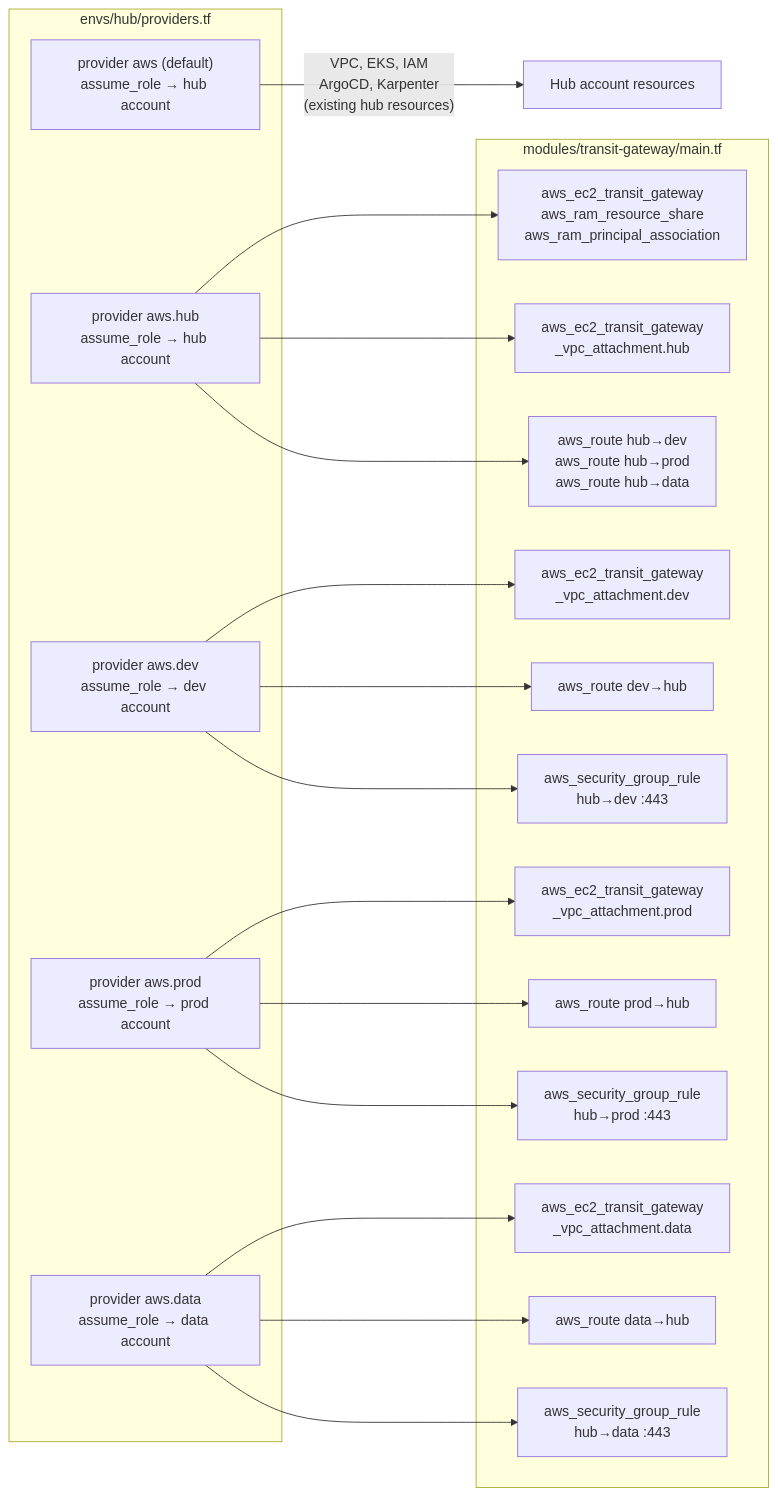
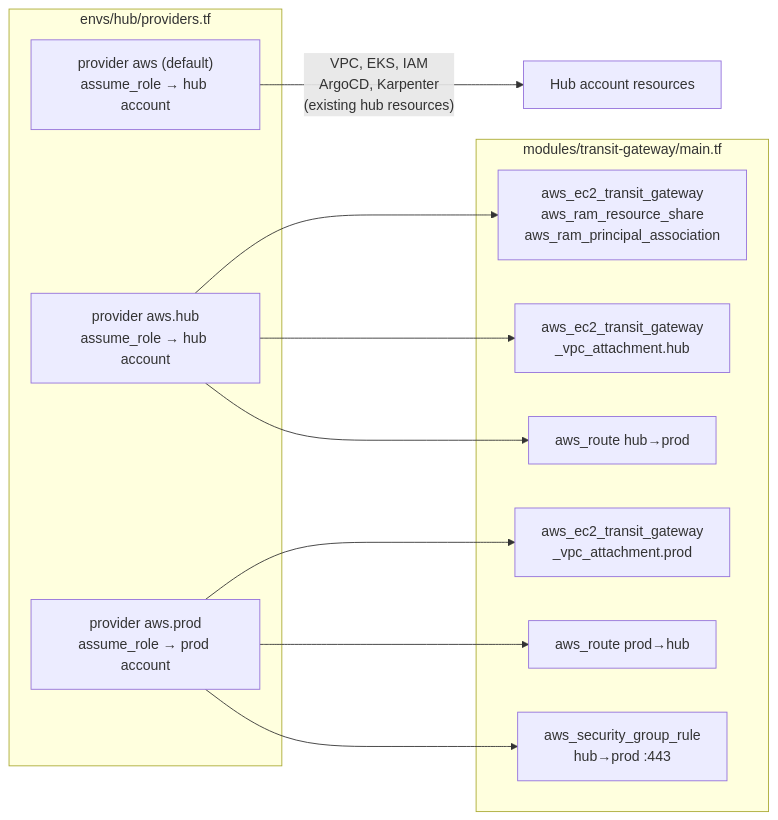
The third of 13 diagrams in docs/low-level-design.md (paragch/eks-hub-spoke), drawn with Mermaid before and after one commit. The commit also changed other lines of this file and 40 other files, not shown here.

First line of the commit message:
Remove dev and data accounts; simplify to hub + prod + prod-data

````diff
--- a/docs/low-level-design.md
+++ b/docs/low-level-design.md
@@ -130,40 +106,26 @@
 ```mermaid
 graph LR
   subgraph providers["envs/hub/providers.tf"]
     P_DEFAULT["provider aws (default)<br/>assume_role → hub account"]
     P_HUB["provider aws.hub<br/>assume_role → hub account"]
-    P_DEV["provider aws.dev<br/>assume_role → dev account"]
     P_PROD["provider aws.prod<br/>assume_role → prod account"]
-    P_DATA["provider aws.data<br/>assume_role → data account"]
   end
 
   subgraph tgw_module["modules/transit-gateway/main.tf"]
     TGW["aws_ec2_transit_gateway<br/>aws_ram_resource_share<br/>aws_ram_principal_association"]
     ATT_HUB["aws_ec2_transit_gateway<br/>_vpc_attachment.hub"]
-    ATT_DEV["aws_ec2_transit_gateway<br/>_vpc_attachment.dev"]
     ATT_PROD["aws_ec2_transit_gateway<br/>_vpc_attachment.prod"]
-    ATT_DATA["aws_ec2_transit_gateway<br/>_vpc_attachment.data"]
-    RT_HUB["aws_route hub→dev<br/>aws_route hub→prod<br/>aws_route hub→data"]
-    RT_DEV["aws_route dev→hub"]
+    RT_HUB["aws_route hub→prod"]
     RT_PROD["aws_route prod→hub"]
-    RT_DATA["aws_route data→hub"]
-    SG_DEV["aws_security_group_rule<br/>hub→dev :443"]
     SG_PROD["aws_security_group_rule<br/>hub→prod :443"]
-    SG_DATA["aws_security_group_rule<br/>hub→data :443"]
   end
 
   P_HUB  --> TGW
   P_HUB  --> ATT_HUB
   P_HUB  --> RT_HUB
-  P_DEV  --> ATT_DEV
-  P_DEV  --> RT_DEV
-  P_DEV  --> SG_DEV
   P_PROD --> ATT_PROD
   P_PROD --> RT_PROD
   P_PROD --> SG_PROD
-  P_DATA --> ATT_DATA
-  P_DATA --> RT_DATA
-  P_DATA --> SG_DATA
 
   P_DEFAULT -->|"VPC, EKS, IAM<br/>ArgoCD, Karpenter<br/>(existing hub resources)"| hub_res["Hub account resources"]
 ```
````
